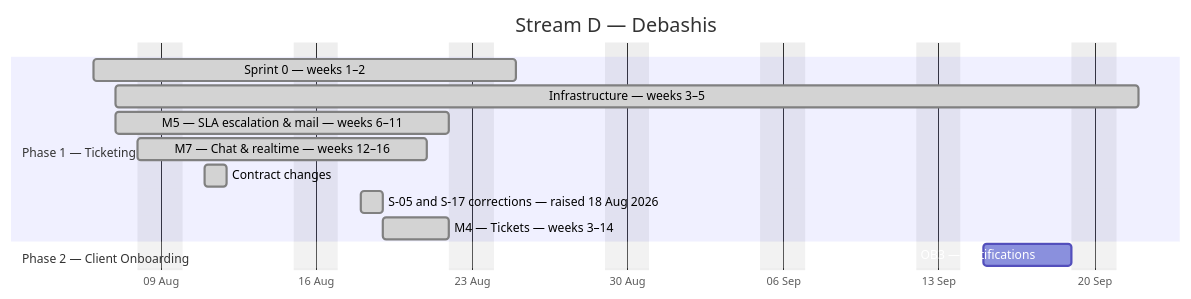
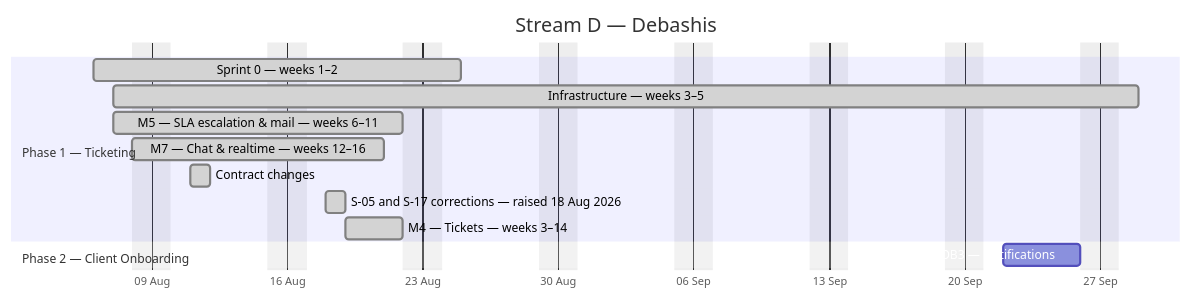
One commit to debashisedunext/EduTrack changed the fourth of 4 diagrams in docs/plan/GANTT.md. Above: the diagram before and after it, drawn with Mermaid. The commit also changed other lines of this file and 2 other files, not shown here.

````diff
--- a/docs/plan/GANTT.md
+++ b/docs/plan/GANTT.md
@@ -173,17 +173,17 @@
 ```mermaid
 gantt
     dateFormat YYYY-MM-DD
     axisFormat %d %b
     title Stream D — Debashis
     excludes weekends
     section Phase 1 — Ticketing
     Sprint 0 — weeks 1–2 :done, d0, 2026-08-06, 13d
-    Infrastructure — weeks 3–5 :done, d1, 2026-08-07, 32d
+    Infrastructure — weeks 3–5 :done, d1, 2026-08-07, 37d
     M5 — SLA  escalation & mail — weeks 6–11 :done, d2, 2026-08-07, 11d
     M7 — Chat & realtime — weeks 12–16 :done, d3, 2026-08-08, 10d
     Contract changes :done, d4, 2026-08-11, 1d
     S-05 and S-17 corrections — raised 18 Aug 2026 :done, d5, 2026-08-18, 1d
     M4 — Tickets — weeks 3–14 :done, d6, 2026-08-19, 3d
     section Phase 2 — Client Onboarding
-    OB3 — Notifications :d7, 2026-09-15, 4d
+    OB3 — Notifications :d7, 2026-09-22, 4d
 ```
````
